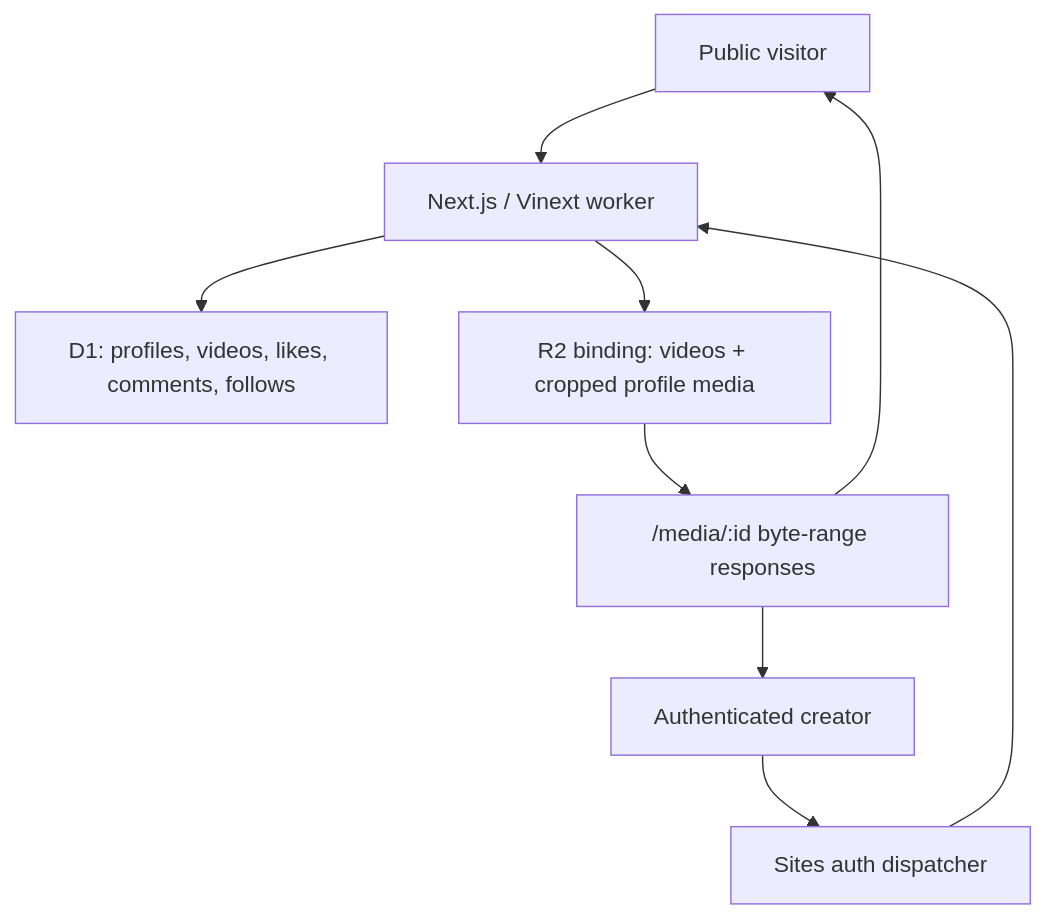
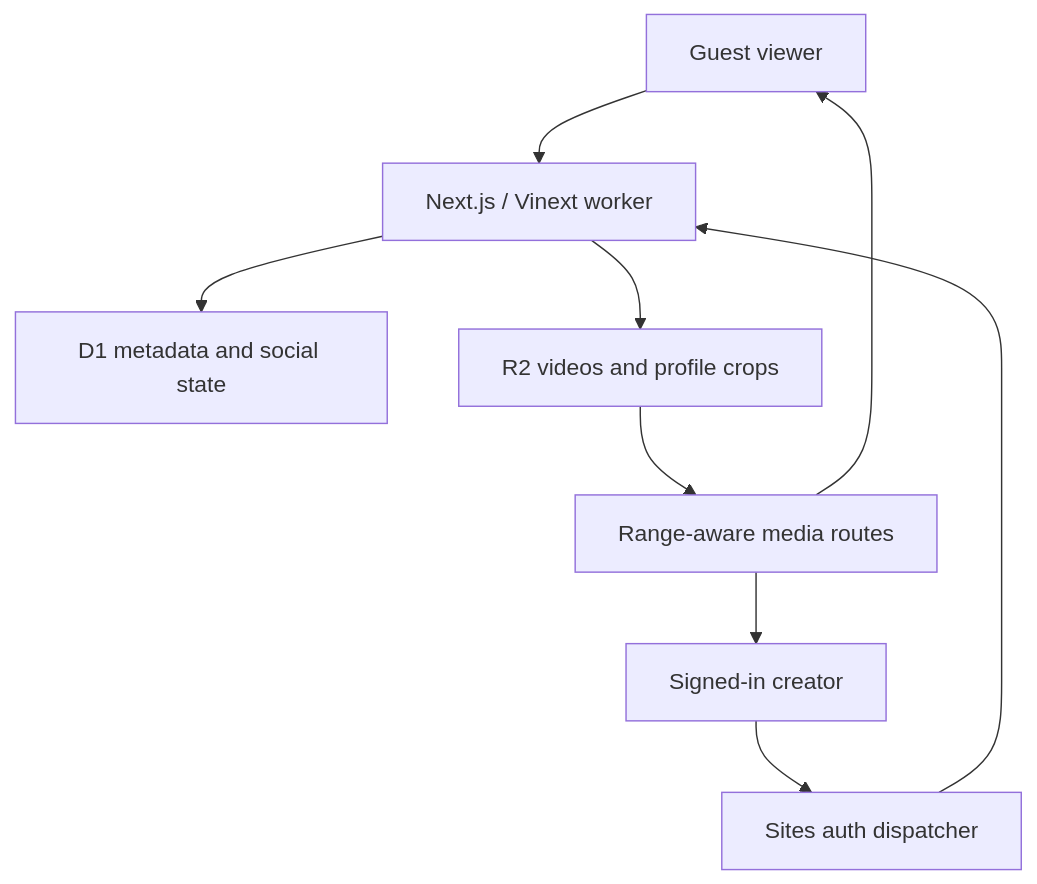
Before and after one commit to IamOumarIbrahim/pumblo: the first of 2 diagrams in docs/architecture.md, drawn with Mermaid. The commit also changed other lines of this file and 64 other files, not shown here.

````diff
--- a/docs/architecture.md
+++ b/docs/architecture.md
@@ -5,11 +5,11 @@
 ```mermaid
 flowchart TD
-    U["Public visitor"] --> APP["Next.js / Vinext worker"]
-    C["Authenticated creator"] --> DISP["Sites auth dispatcher"]
-    DISP --> APP
-    APP --> DB["D1: profiles, videos, likes, comments, follows"]
-    APP --> STORE["R2 binding: videos + cropped profile media"]
-    STORE --> MEDIA["/media/:id byte-range responses"]
-    MEDIA --> U
+    G["Guest viewer"] --> APP["Next.js / Vinext worker"]
+    C["Signed-in creator"] --> AUTH["Sites auth dispatcher"]
+    AUTH --> APP
+    APP --> DB["D1 metadata and social state"]
+    APP --> STORE["R2 videos and profile crops"]
+    STORE --> MEDIA["Range-aware media routes"]
+    MEDIA --> G
     MEDIA --> C
 ```
````
